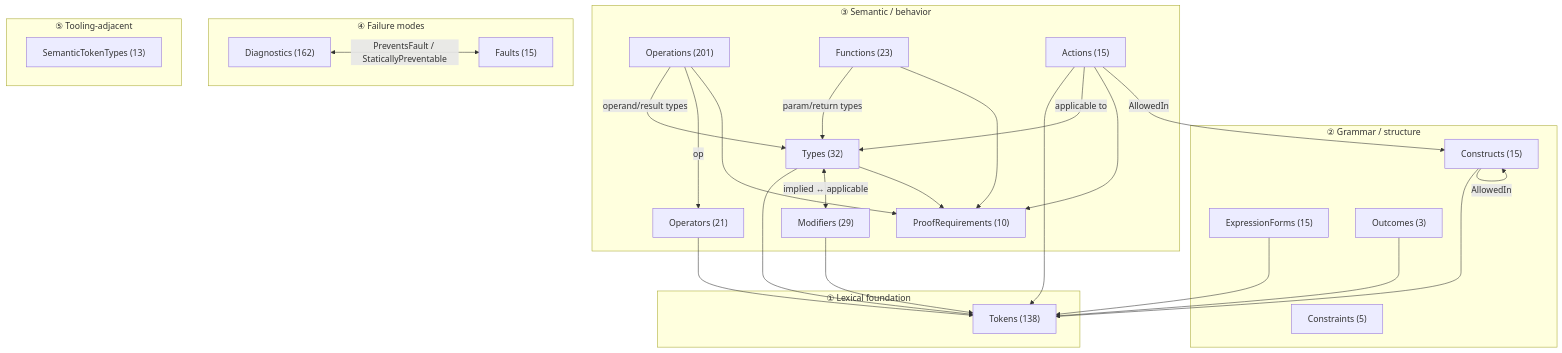
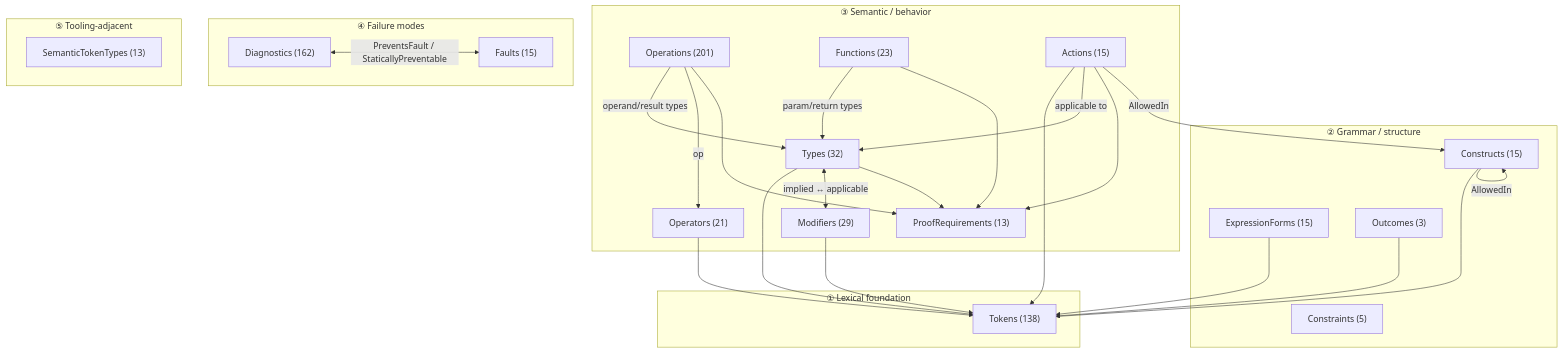
One commit to sfalik/Precept changed the first of 6 diagrams in docs/language/catalog-system.md. Above: the diagram before and after it, drawn with Mermaid. The commit also changed other lines of this file and 15 other files, not shown here.

````diff
--- a/docs/language/catalog-system.md
+++ b/docs/language/catalog-system.md
@@ -264,61 +264,61 @@
 ```mermaid
 flowchart TB
     subgraph L1["① Lexical foundation"]
         Tokens["Tokens (138)"]
     end
 
     subgraph L2["② Grammar / structure"]
         Constructs["Constructs (15)"]
         ExpressionForms["ExpressionForms (15)"]
         Outcomes["Outcomes (3)"]
         Constraints["Constraints (5)"]
     end
 
     subgraph L3["③ Semantic / behavior"]
         Types["Types (32)"]
         Operators["Operators (21)"]
         Operations["Operations (201)"]
         Functions["Functions (23)"]
         Modifiers["Modifiers (29)"]
         Actions["Actions (15)"]
-        ProofRequirements["ProofRequirements (10)"]
+        ProofRequirements["ProofRequirements (13)"]
     end
 
     subgraph L4["④ Failure modes"]
         Diagnostics["Diagnostics (162)"]
         Faults["Faults (15)"]
     end
 
     subgraph L5["⑤ Tooling-adjacent"]
         SemanticTokenTypes["SemanticTokenTypes (13)"]
     end
 
     %% Seven catalogs anchor to Tokens
     Types       --> Tokens
     Operators   --> Tokens
     Modifiers   --> Tokens
     Actions     --> Tokens
     Constructs  --> Tokens
     ExpressionForms --> Tokens
     Outcomes    --> Tokens
 
     %% Semantic wiring
     Functions  -->|param/return types| Types
     Operations -->|operand/result types| Types
     Operations -->|op| Operators
     Actions    -->|applicable to| Types
     Types     <-->|"implied ↔ applicable"| Modifiers
 
     %% Proof obligations
     Types      --> ProofRequirements
     Functions  --> ProofRequirements
     Operations --> ProofRequirements
     Actions    --> ProofRequirements
 
     %% Grammar nesting
     Actions    -->|AllowedIn| Constructs
     Constructs -->|AllowedIn| Constructs
 
     %% Failure link
     Diagnostics <-->|"PreventsFault / StaticallyPreventable"| Faults
 ```
````
